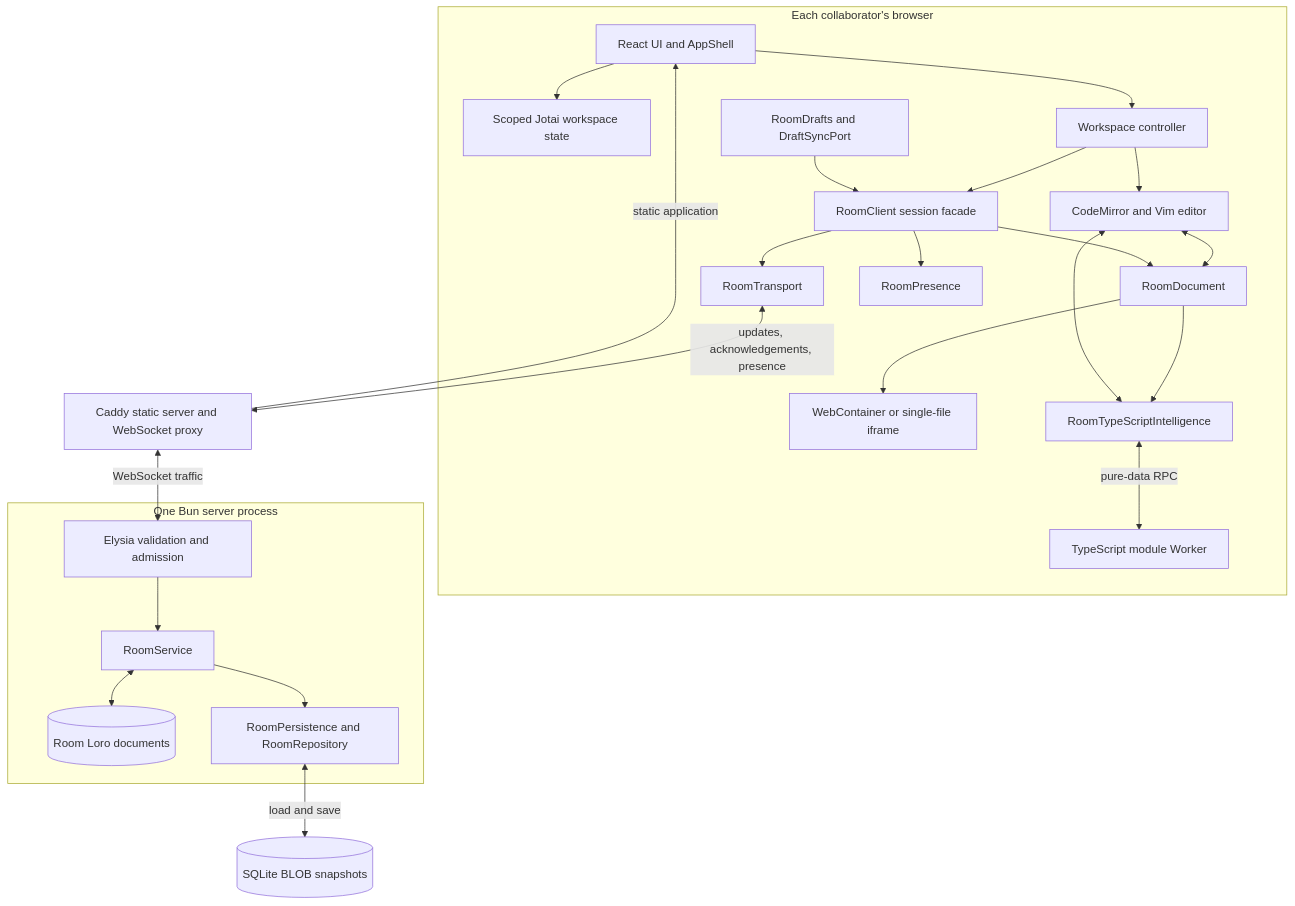
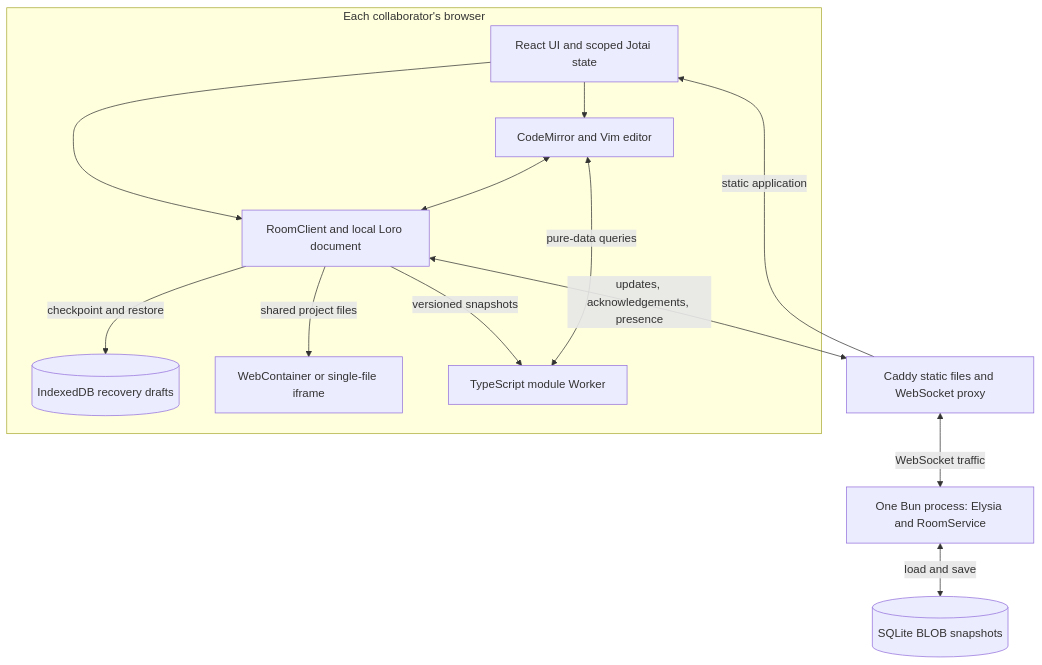
The first of 7 diagrams in docs/architecture.md (BBboy01/Tsugite), drawn with Mermaid before and after one commit. The commit also changed other lines of this file and 11 other files, not shown here.

First line of the commit message:
docs: refresh current architecture and development guides

````diff
--- a/docs/architecture.md
+++ b/docs/architecture.md
@@ -9,45 +9,25 @@
 ```mermaid
 flowchart TB
   subgraph Browser["Each collaborator's browser"]
-    Web["React UI and AppShell"]
-    Workspace["Scoped Jotai workspace state"]
+    Web["React UI and scoped Jotai state"]
     Editor["CodeMirror and Vim editor"]
-    Controller["Workspace controller"]
-    Session["RoomClient session facade"]
-    Transport["RoomTransport"]
-    Document["RoomDocument"]
-    Presence["RoomPresence"]
-    Drafts["RoomDrafts and DraftSyncPort"]
+    Session["RoomClient and local Loro document"]
+    Drafts[("IndexedDB recovery drafts")]
     Preview["WebContainer or single-file iframe"]
-    Intelligence["RoomTypeScriptIntelligence"]
     TypeScript["TypeScript module Worker"]
-    Web --> Workspace
-    Web --> Controller
-    Controller --> Editor
-    Controller --> Session
-    Editor <--> Document
-    Session --> Transport
-    Session --> Document
-    Session --> Presence
-    Drafts --> Session
-    Document --> Preview
-    Document --> Intelligence
-    Editor <--> Intelligence
-    Intelligence <-->|pure-data RPC| TypeScript
+    Web --> Editor
+    Web --> Session
+    Editor <--> Session
+    Session -->|checkpoint and restore| Drafts
+    Session -->|shared project files| Preview
+    Session -->|versioned snapshots| TypeScript
+    Editor <-->|pure-data queries| TypeScript
   end
-  Proxy["Caddy static server and WebSocket proxy"]
-  subgraph Backend["One Bun server process"]
-    Server["Elysia validation and admission"]
-    Room["RoomService"]
-    ServerDocument[("Room Loro documents")]
-    Persistence["RoomPersistence and RoomRepository"]
-    Server --> Room
-    Room <--> ServerDocument
-    Room --> Persistence
-  end
+  Proxy["Caddy static files and WebSocket proxy"]
+  Server["One Bun process: Elysia and RoomService"]
   Database[("SQLite BLOB snapshots")]
   Proxy -->|static application| Web
-  Transport <-->|updates, acknowledgements, presence| Proxy
+  Session <-->|updates, acknowledgements, presence| Proxy
   Proxy <-->|WebSocket traffic| Server
-  Persistence <-->|load and save| Database
+  Server <-->|load and save| Database
 ```
````
